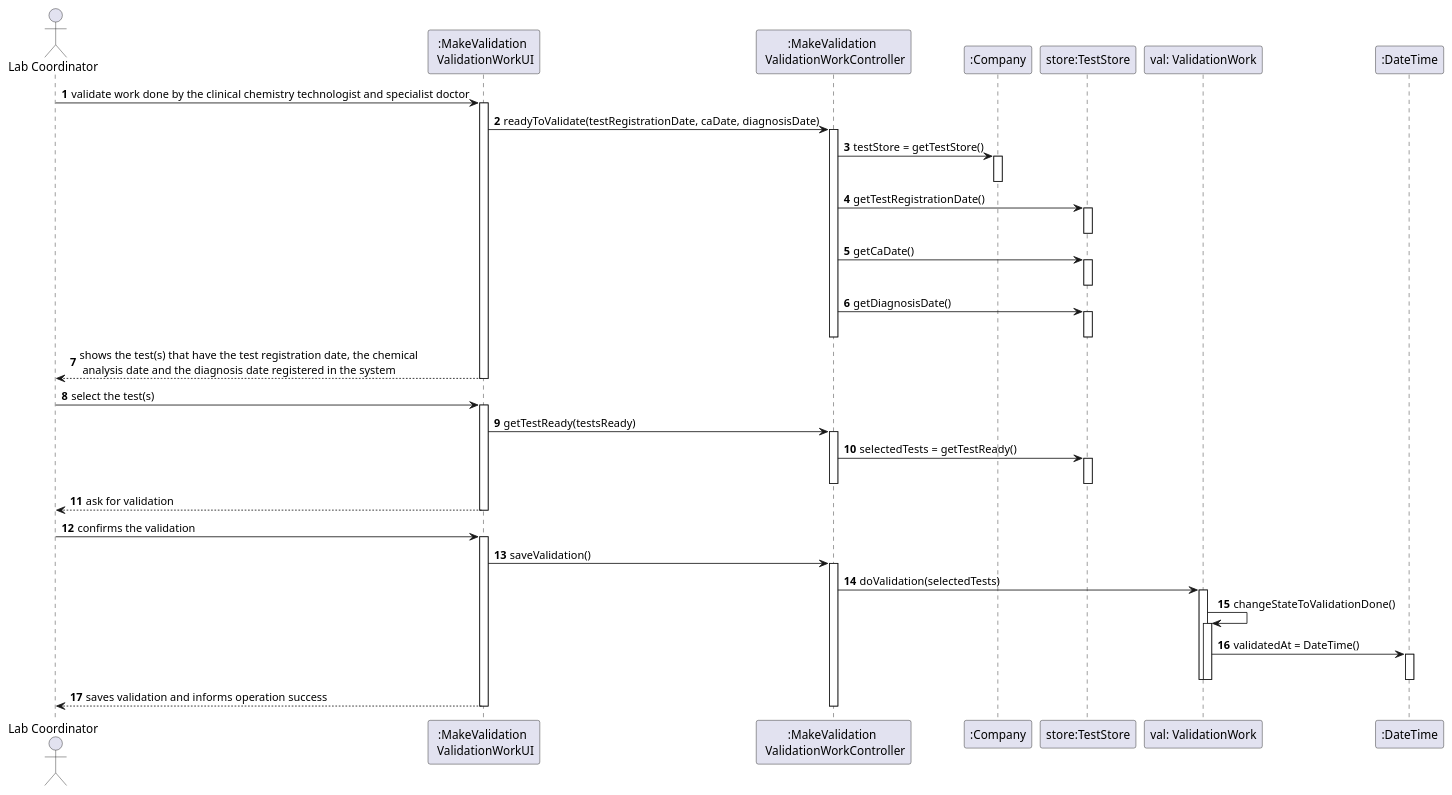
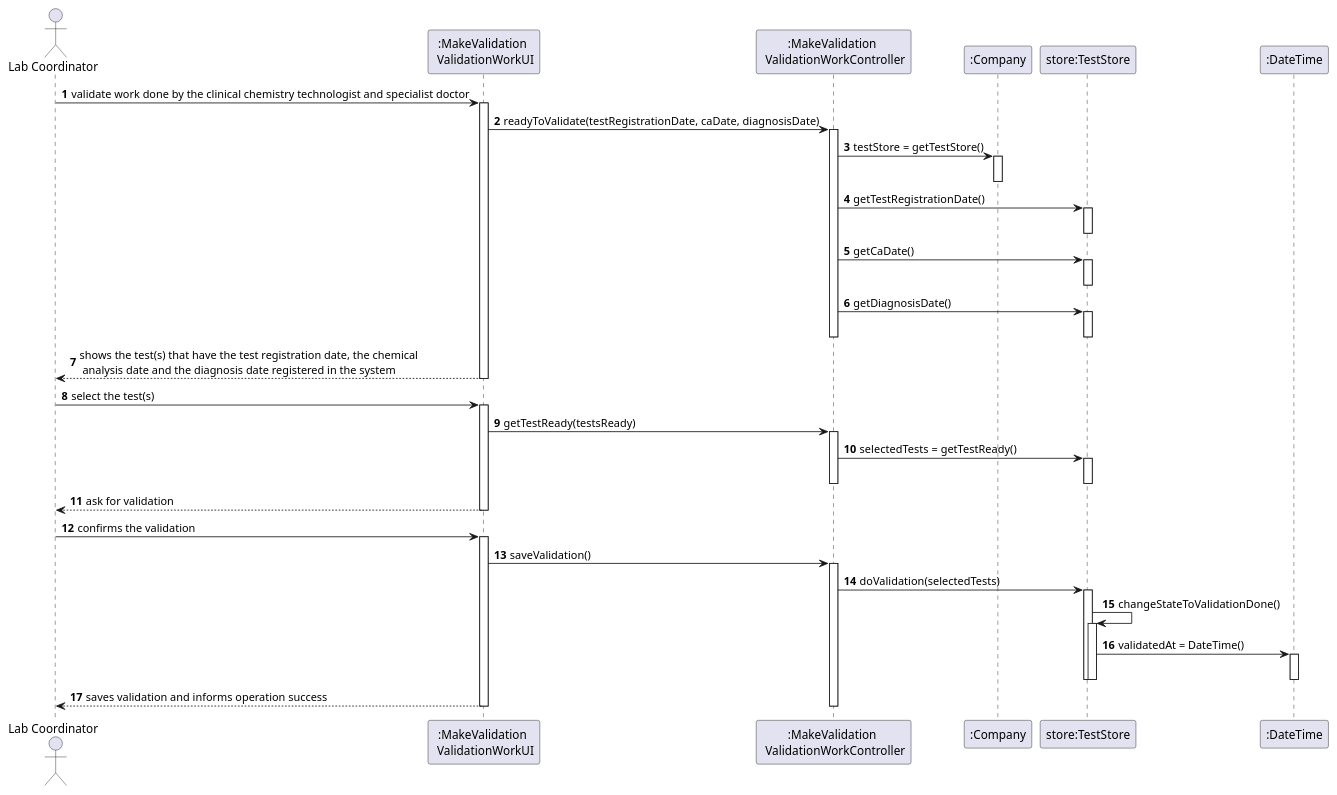
One commit to GuilhermeCunha79/lapr2 changed the diagram in docs/SprintC/US15/UC15_SD.puml. Above: the diagram before and after it, drawn with PlantUML.

Commit message:
SSD Finalization [US-15] [Design]

```diff
--- a/docs/SprintC/US15/UC15_SD.puml
+++ b/docs/SprintC/US15/UC15_SD.puml
@@ -1,71 +1,70 @@
 @startuml
 autonumber
 'hide footbox
 actor "Lab Coordinator" as LC
 
 participant ":MakeValidation \n ValidationWorkUI" as UI
 participant ":MakeValidation \n ValidationWorkController" as CTRL
 participant ":Company" as C
 participant "store:TestStore" as TS
-participant "val: ValidationWork" as VW
 participant ":DateTime" as DT
 
 
 LC -> UI : validate work done by the clinical chemistry technologist and specialist doctor
 activate UI
     UI -> CTRL : readyToValidate(testRegistrationDate, caDate, diagnosisDate)
     activate CTRL
     CTRL -> C : testStore = getTestStore()
     activate C
     deactivate C
     CTRL -> TS : getTestRegistrationDate()
     activate TS
     deactivate TS
     CTRL -> TS : getCaDate()
     activate TS
     deactivate TS
     CTRL -> TS : getDiagnosisDate()
      activate TS
         deactivate TS
     deactivate CTRL
     UI --> LC : shows the test(s) that have the test registration date, the chemical\n analysis date and the diagnosis date registered in the system
 deactivate UI
 
 LC -> UI : select the test(s)
 activate UI
 
 UI -> CTRL : getTestReady(testsReady)
 activate CTRL
 CTRL -> TS : selectedTests = getTestReady()
 activate TS
 deactivate TS
 deactivate CTRL
 
 
 
 
 
     deactivate CTRL
     UI --> LC : ask for validation
 deactivate UI
 LC -> UI : confirms the validation
 activate UI
     UI -> CTRL : saveValidation()
     activate CTRL
-    CTRL -> VW : doValidation(selectedTests)
-    activate VW
-    VW -> VW : changeStateToValidationDone()
-    activate VW
-    VW -> DT : validatedAt = DateTime()
+    CTRL -> TS : doValidation(selectedTests)
+    activate TS
+    TS -> TS : changeStateToValidationDone()
+    activate TS
+    TS -> DT : validatedAt = DateTime()
     activate DT
     deactivate DT
-    deactivate VW
-    deactivate VW
+    deactivate TS
+    deactivate TS
 
 
 UI --> LC : saves validation and informs operation success
 deactivate C
 deactivate UI
 deactivate CTRL
 
 @enduml
```
